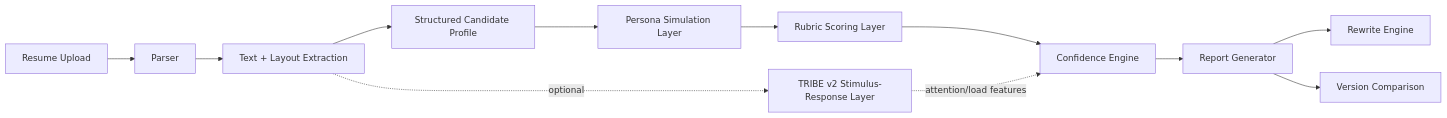
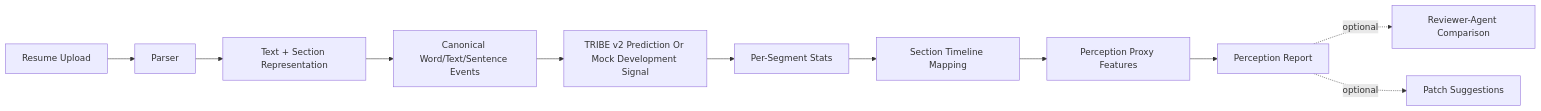
One commit to hikaru051058/tribeResume changed the first of 4 diagrams in docs/resume-response-simulator/system-architecture.md. Above: the diagram before and after it, drawn with Mermaid. The commit also changed other lines of this file and 47 other files, not shown here.

````diff
--- a/docs/resume-response-simulator/system-architecture.md
+++ b/docs/resume-response-simulator/system-architecture.md
@@ -14,14 +15,13 @@
 ```mermaid
 flowchart LR
     A[Resume Upload] --> B[Parser]
-    B --> C[Text + Layout Extraction]
-    C --> D[Structured Candidate Profile]
-    D --> E[Persona Simulation Layer]
-    E --> F[Rubric Scoring Layer]
-    F --> G[Confidence Engine]
-    G --> H[Report Generator]
-    H --> I[Rewrite Engine]
-    H --> J[Version Comparison]
-    C -. optional .-> K[TRIBE v2 Stimulus-Response Layer]
-    K -. attention/load features .-> G
+    B --> C[Text + Section Representation]
+    C --> D[Canonical Word/Text/Sentence Events]
+    D --> E[TRIBE v2 Prediction Or Mock Development Signal]
+    E --> F[Per-Segment Stats]
+    F --> G[Section Timeline Mapping]
+    G --> H[Perception Proxy Features]
+    H --> I[Perception Report]
+    I -. optional .-> J[Reviewer-Agent Comparison]
+    I -. optional .-> K[Patch Suggestions]
 ```
````
